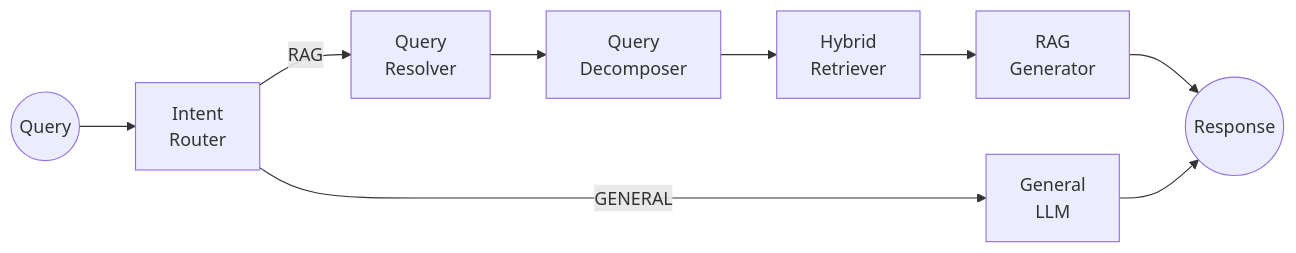
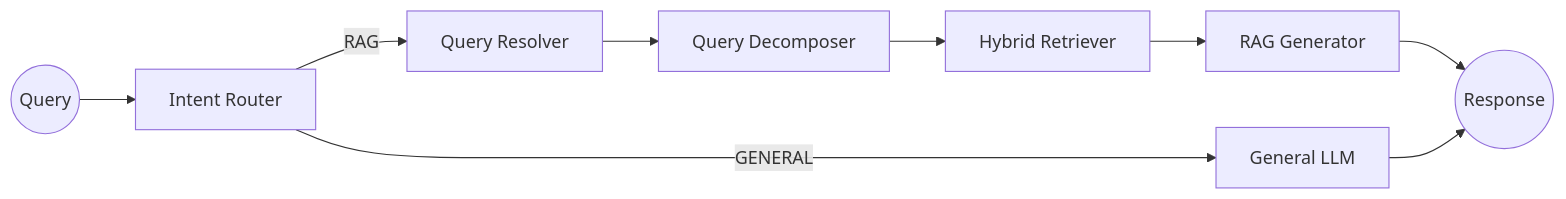
The first of 2 diagrams in README.md (phuocNg964/advanced-rag), drawn with Mermaid before and after one commit. The commit also changed other lines of this file and 57 other files, not shown here.

````diff
--- a/README.md
+++ b/README.md
@@ -119,11 +249,11 @@
 ```mermaid
 graph LR
-    Start(("Query")) --> Router["Intent<br/>Router"]
-    Router -->|RAG| Resolver["Query<br/>Resolver"]
-    Router -->|GENERAL| General["General<br/>LLM"]
-    Resolver --> Decomposer["Query<br/>Decomposer"]
-    Decomposer --> Retriever["Hybrid<br/>Retriever"]
-    Retriever --> Generator["RAG<br/>Generator"]
+    Start(("Query")) --> Router["Intent Router"]
+    Router -->|RAG| Resolver["Query Resolver"]
+    Router -->|GENERAL| General["General LLM"]
+    Resolver --> Decomposer["Query Decomposer"]
+    Decomposer --> Retriever["Hybrid Retriever"]
+    Retriever --> Generator["RAG Generator"]
     Generator --> End(("Response"))
     General --> End
 ```
````
